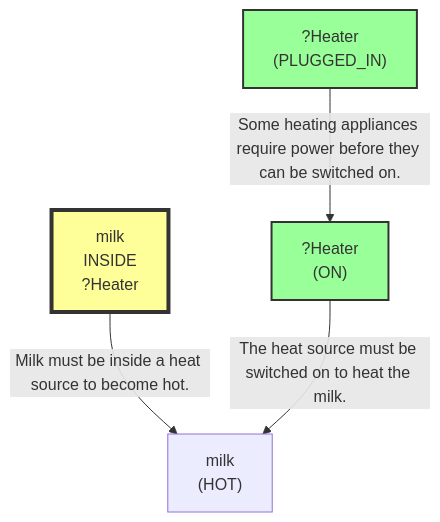
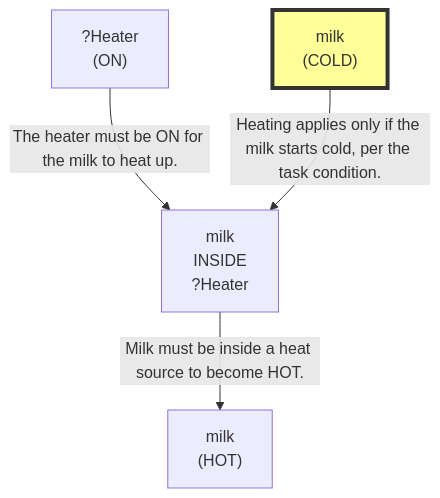
One commit to scuama/virtualhome changed the tenth of 12 diagrams in evaluation/results/table3/robostate/runs/without_memory/M3_15/run_T3_without_memory_M3_15.md. Above: the diagram before and after it, drawn with Mermaid. The commit also changed other lines of this file and 507 other files, not shown here.

````diff
--- a/evaluation/results/table3/robostate/runs/without_memory/M3_15/run_T3_without_memory_M3_15.md
+++ b/evaluation/results/table3/robostate/runs/without_memory/M3_15/run_T3_without_memory_M3_15.md
@@ -739,13 +709,11 @@
 ```mermaid
 graph TD
     N1["milk<br>(HOT)"]
-    N2["?Heater<br>(ON)"]
-    style N2 fill:#9f9,stroke:#333,stroke-width:2px
-    N3["?Heater<br>(PLUGGED_IN)"]
-    style N3 fill:#9f9,stroke:#333,stroke-width:2px
-    N4["milk<br>INSIDE<br>?Heater"]
+    N2["milk<br>INSIDE<br>?Heater"]
+    N3["?Heater<br>(ON)"]
+    N4["milk<br>(COLD)"]
     style N4 fill:#ff9,stroke:#333,stroke-width:4px
-    N4 -->|"Milk must be inside a heat source to become hot."| N1
-    N2 -->|"The heat source must be switched on to heat the milk."| N1
-    N3 -->|"Some heating appliances require power before they can be switched on."| N2
+    N2 -->|"Milk must be inside a heat source to become HOT."| N1
+    N3 -->|"The heater must be ON for the milk to heat up."| N2
+    N4 -->|"Heating applies only if the milk starts cold, per the task condition."| N2
 ```
````
